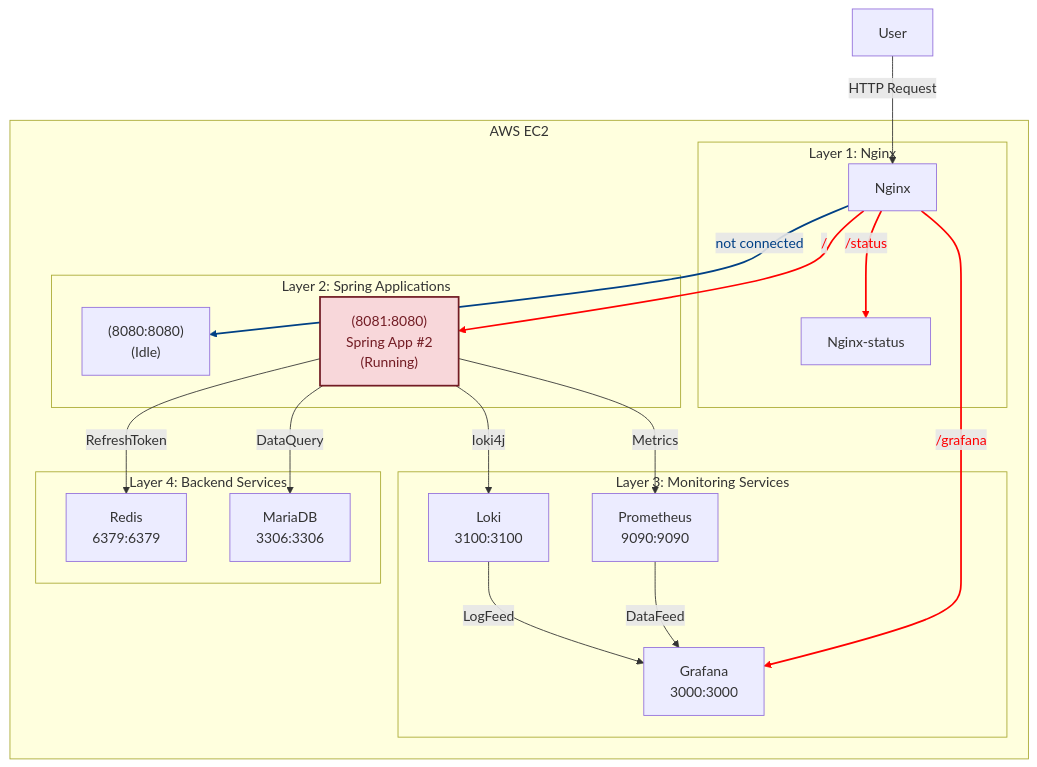
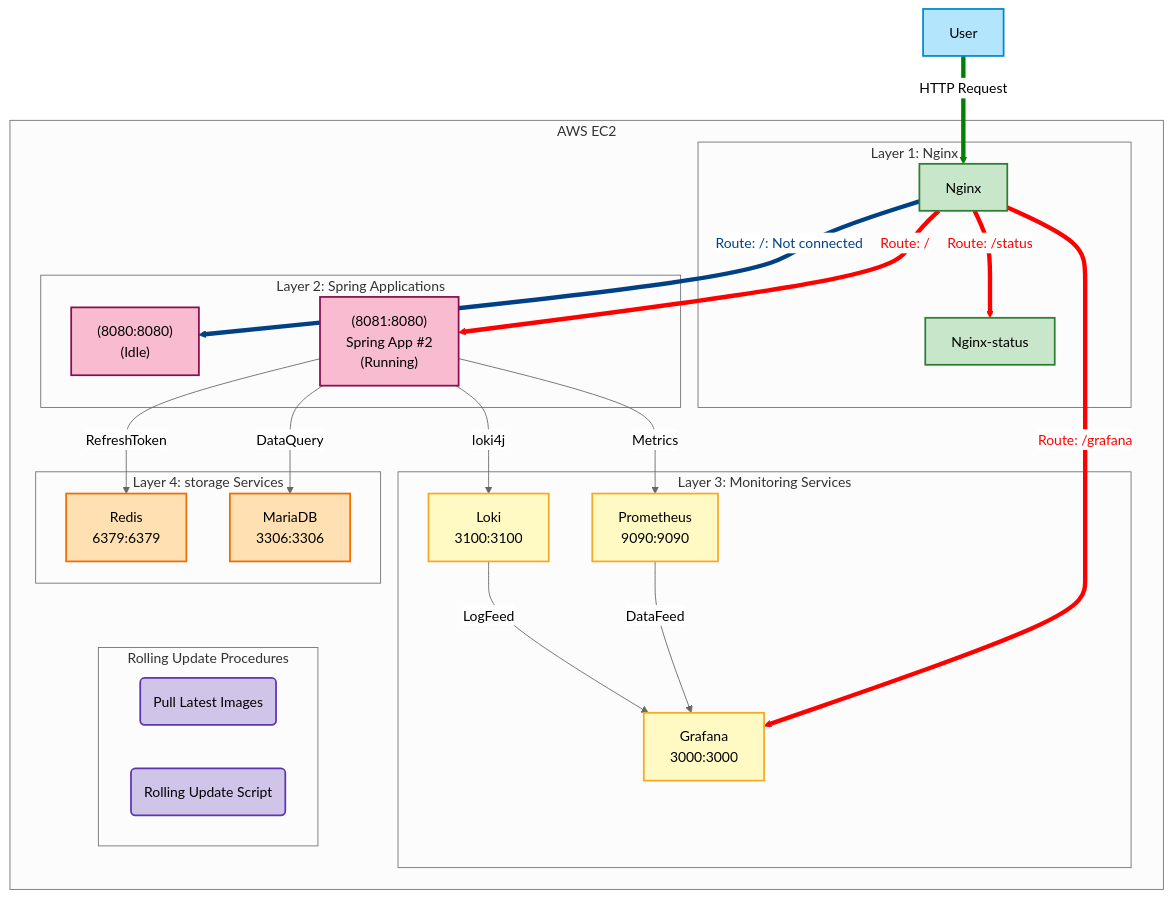
Before and after one commit to tape4/spring-cicd-template: the fifth of 5 diagrams in README.md, drawn with Mermaid. The commit also changed other lines of this file, not shown here.

````diff
--- a/README.md
+++ b/README.md
@@ -256,59 +297,71 @@
 ```mermaid
+%%{init: {'theme': 'neutral', 'themeVariables': { 'background': '#F0F0F0' }}}%%
 flowchart TD
-		%% 노드에 적용할 클래스 정의
+	%% 노드에 적용할 클래스 정의
     classDef redText fill:#f8d7da,stroke:#721c24,stroke-width:2px,color:#721c24;
     classDef blueText fill:#cce5ff,stroke:#004085,stroke-width:2px,color:#004085;
-    
+    classDef external fill:#b3e5fc,stroke:#0288d1,stroke-width:2px;
+    classDef nginx fill:#c8e6c9,stroke:#2e7d32,stroke-width:2px;
+    classDef app fill:#f8bbd0,stroke:#880e4f,stroke-width:2px;
+    classDef monitor fill:#fff9c4,stroke:#f9a825,stroke-width:2px;
+    classDef storage fill:#ffe0b2,stroke:#ef6c00,stroke-width:2px;
+    classDef management fill:#d1c4e9,stroke:#5e35b1,stroke-width:2px;
+
     %% 외부 사용자 노드
-    U[User]
+    U[User]:::external
 
     %% AWS EC2 내 시스템 전체를 묶는 서브그래프
     subgraph "AWS EC2"
         %% Layer 1: Nginx
         subgraph "Layer 1: Nginx"
-          N[Nginx]
-          NS[Nginx-status]
+          N[Nginx]:::nginx
+          NS[Nginx-status]:::nginx
         end
 
         %% Layer 2: Spring Applications
         subgraph "Layer 2: Spring Applications"
-					S1["(8080:8080)<br/>(Idle)"]
-          S2["(8081:8080)<br/>Spring App #2<br/>(Running)"]
-	        class S2 redText
+            S1["(8080:8080)<br/>(Idle)"]:::app
+            S2["(8081:8080)<br/>Spring App #2<br/>(Running)"]:::app
         end
 
         %% Layer 3: Monitoring Services
         subgraph "Layer 3: Monitoring Services"
-          P[Prometheus<br/>9090:9090]
-          G[Grafana<br/>3000:3000]
-          L[Loki<br/>3100:3100]
+          P[Prometheus<br/>9090:9090]:::monitor
+          G[Grafana<br/>3000:3000]:::monitor
+          L[Loki<br/>3100:3100]:::monitor
         end
 
-        %% Layer 4: Backend Services
-        subgraph "Layer 4: Backend Services"
-          R[Redis<br/>6379:6379]
-          D[MariaDB<br/>3306:3306]
+        %% Layer 4: storage Services
+        subgraph "Layer 4: storage Services"
+          R[Redis<br/>6379:6379]:::storage
+          D[MariaDB<br/>3306:3306]:::storage
+        end
+
+        subgraph "Rolling Update Procedures"
+            PULL("Pull Latest Images"):::management
+            ROLL_UPDATE("Rolling Update Script"):::management
         end
 
         %% 내부 연결
-        N -- "/" --> S2
-        N -- "not connected" --> S1
-        N -- "/status" --> NS
-        N -- "/grafana" --> G
+        N -- "Route: /: Not connected" --> S1
+        N -- "Route: /" --> S2
+        N -- "Route: /status" --> NS
+        N -- "Route: /grafana" --> G
 
-	S2 -- "Metrics" --> P
+        S2 -- "Metrics" --> P
         S2 -- "loki4j" --> L
         S2 -- "RefreshToken" --> R
         S2 -- "DataQuery" --> D
 
         P -- "DataFeed" --> G
 	L -- "LogFeed" --> G
     end
 
     U -->|HTTP Request| N
     
-    linkStyle 0 stroke:#ff0000, stroke-width:2px, color:#ff0000
-    linkStyle 1 stroke:#004085, stroke-width:2px, color:#004085
-    linkStyle 2 stroke:#ff0000, stroke-width:2px, color:#ff0000
-    linkStyle 3 stroke:#ff0000, stroke-width:2px, color:#ff0000
+    linkStyle 0 stroke:#004085, stroke-width:5px, color:#004085
+    linkStyle 1 stroke:#ff0000, stroke-width:5px, color:#ff0000
+    linkStyle 2 stroke:#ff0000, stroke-width:5px, color:#ff0000
+    linkStyle 3 stroke:#ff0000, stroke-width:5px, color:#ff0000
+    linkStyle 10 stroke:#008000, stroke-width:5px, color:#000000
 ```
````
